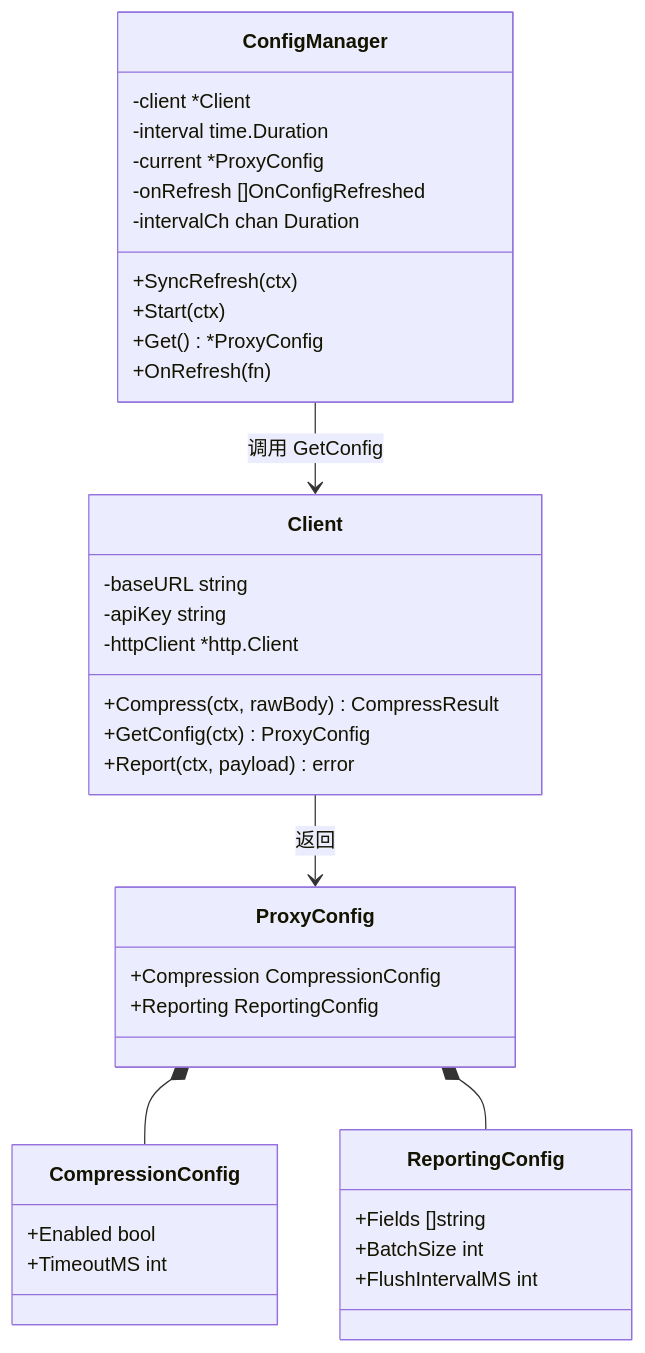
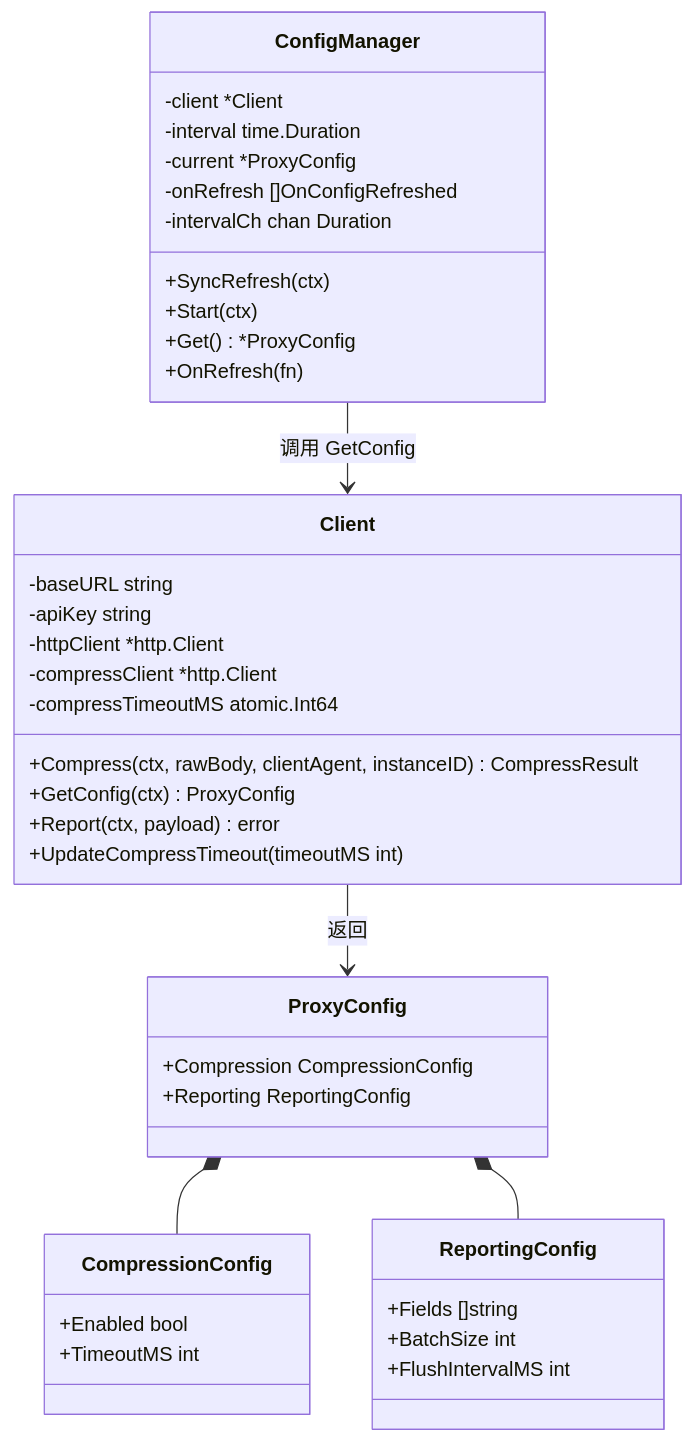
One commit to codermasterg-sudo/cortex-proxy changed the ninth of 14 diagrams in docs/architecture.md. Above: the diagram before and after it, drawn with Mermaid. The commit also changed other lines of this file and 1 other file, not shown here.

````diff
--- a/docs/architecture.md
+++ b/docs/architecture.md
@@ -300,44 +333,47 @@
 ```mermaid
 classDiagram
     class Client {
         -baseURL string
         -apiKey string
         -httpClient *http.Client
-        +Compress(ctx, rawBody) CompressResult
+        -compressClient *http.Client
+        -compressTimeoutMS atomic.Int64
+        +Compress(ctx, rawBody, clientAgent, instanceID) CompressResult
         +GetConfig(ctx) ProxyConfig
         +Report(ctx, payload) error
+        +UpdateCompressTimeout(timeoutMS int)
     }
 
     class ConfigManager {
         -client *Client
         -interval time.Duration
         -current *ProxyConfig
         -onRefresh []OnConfigRefreshed
         -intervalCh chan Duration
         +SyncRefresh(ctx)
         +Start(ctx)
         +Get() *ProxyConfig
         +OnRefresh(fn)
     }
 
     class ProxyConfig {
         +Compression CompressionConfig
         +Reporting ReportingConfig
     }
 
     class CompressionConfig {
         +Enabled bool
         +TimeoutMS int
     }
 
     class ReportingConfig {
         +Fields []string
         +BatchSize int
         +FlushIntervalMS int
     }
 
     Client --> ProxyConfig : 返回
     ConfigManager --> Client : 调用 GetConfig
     ProxyConfig *-- CompressionConfig
     ProxyConfig *-- ReportingConfig
 ```
````
